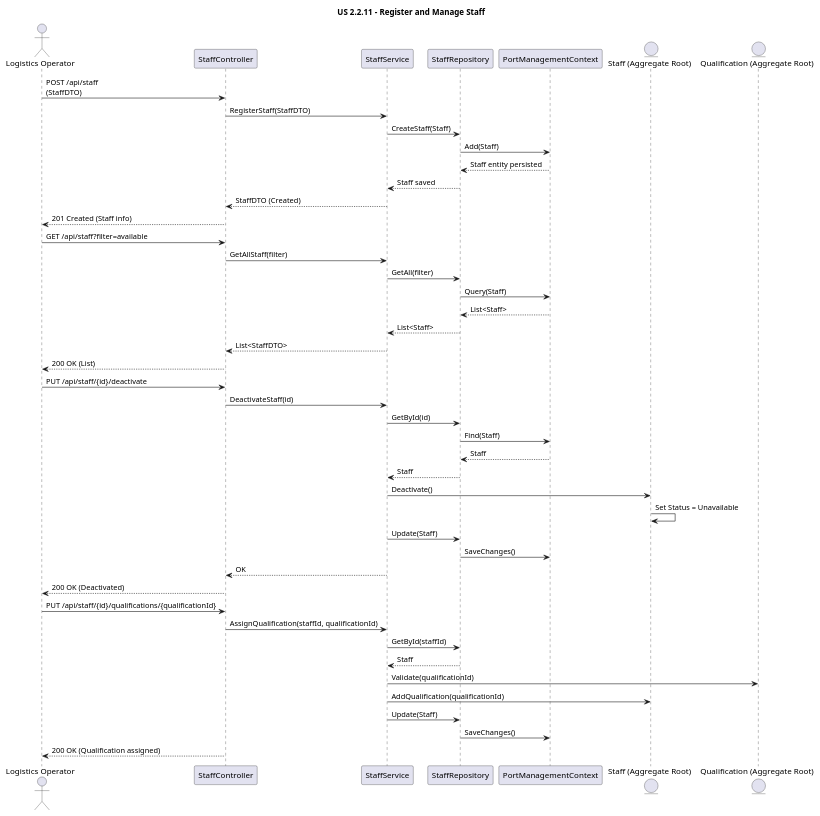
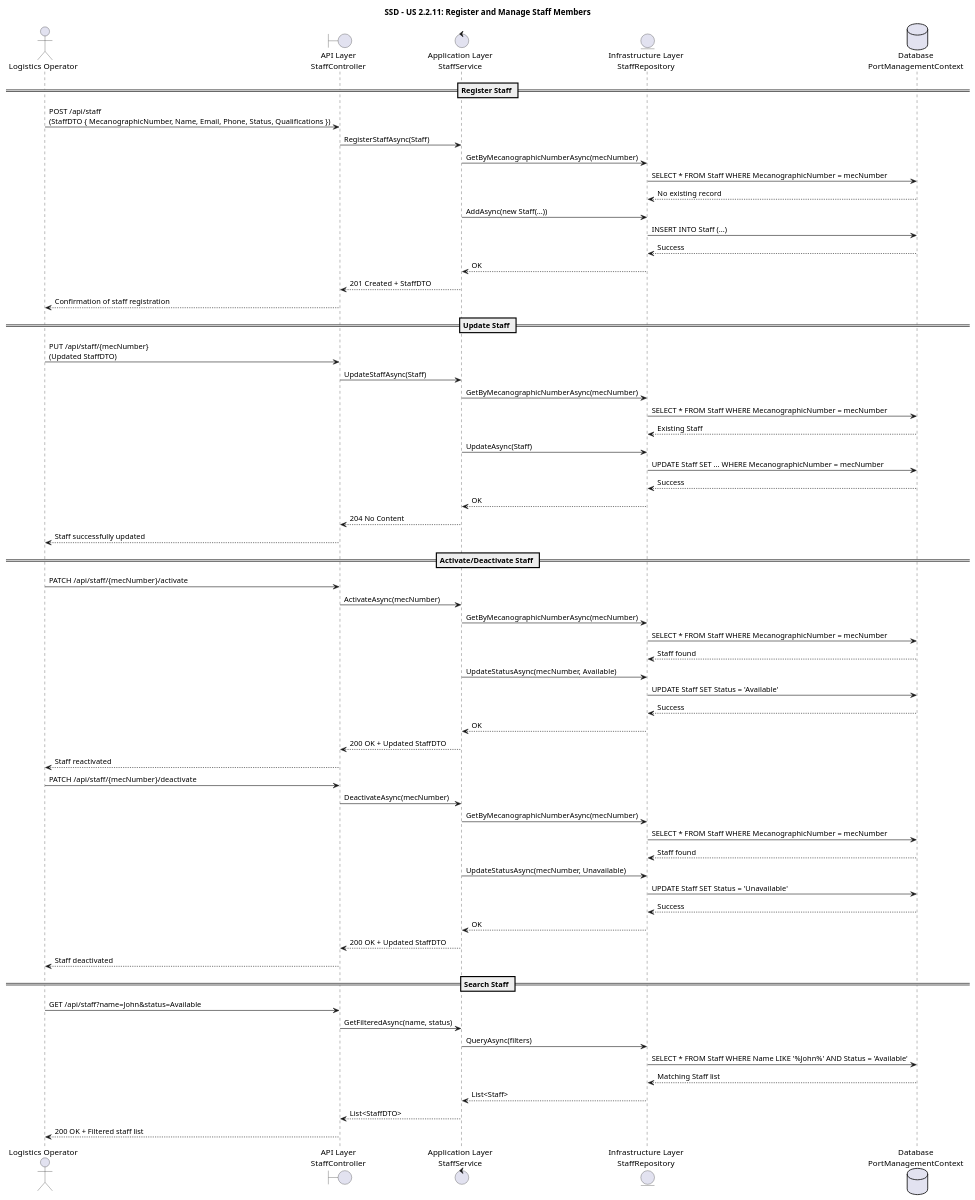
One commit to igor-coutinho22/Port_Management_System changed the diagram in docs/US 2.2.11/Sequence Diagram – US 2.2.11.puml. Above: the diagram before and after it, drawn with PlantUML. The commit also changed 12 other files, not shown here.

Commit message:
Again, business changes made it so that US 2.2.11 was not great architecturally. Now fixed! (#12)

```diff
--- a/docs/US 2.2.11/Sequence Diagram – US 2.2.11.puml
+++ b/docs/US 2.2.11/Sequence Diagram – US 2.2.11.puml
@@ -1,59 +1,70 @@
 @startuml
-title US 2.2.11 – Register and Manage Staff
+title SSD - US 2.2.11: Register and Manage Staff Members
 
-actor "Logistics Operator" as User
+actor "Logistics Operator" as Operator
+boundary "API Layer\nStaffController" as API
+control "Application Layer\nStaffService" as Service
+entity "Infrastructure Layer\nStaffRepository" as Repo
+database "Database\nPortManagementContext" as DB
 
-' === Layers ===
-participant "StaffController" as Controller
-participant "StaffService" as Service
-participant "StaffRepository" as Repository
-participant "PortManagementContext" as DbContext
-entity "Staff (Aggregate Root)" as Staff
-entity "Qualification (Aggregate Root)" as Qualification
+== Register Staff ==
+Operator -> API : POST /api/staff\n(StaffDTO { MecanographicNumber, Name, Email, Phone, Status, Qualifications })
+API -> Service : RegisterStaffAsync(Staff)
+Service -> Repo : GetByMecanographicNumberAsync(mecNumber)
+Repo -> DB : SELECT * FROM Staff WHERE MecanographicNumber = mecNumber
+DB --> Repo : No existing record
+Service -> Repo : AddAsync(new Staff(...))
+Repo -> DB : INSERT INTO Staff (...)
+DB --> Repo : Success
+Repo --> Service : OK
+Service --> API : 201 Created + StaffDTO
+API --> Operator : Confirmation of staff registration
 
-' === Register new staff ===
-User -> Controller : POST /api/staff\n(StaffDTO)
-Controller -> Service : RegisterStaff(StaffDTO)
-Service -> Repository : CreateStaff(Staff)
-Repository -> DbContext : Add(Staff)
-DbContext --> Repository : Staff entity persisted
-Repository --> Service : Staff saved
-Service --> Controller : StaffDTO (Created)
-Controller --> User : 201 Created (Staff info)
+== Update Staff ==
+Operator -> API : PUT /api/staff/{mecNumber}\n(Updated StaffDTO)
+API -> Service : UpdateStaffAsync(Staff)
+Service -> Repo : GetByMecanographicNumberAsync(mecNumber)
+Repo -> DB : SELECT * FROM Staff WHERE MecanographicNumber = mecNumber
+DB --> Repo : Existing Staff
+Service -> Repo : UpdateAsync(Staff)
+Repo -> DB : UPDATE Staff SET ... WHERE MecanographicNumber = mecNumber
+DB --> Repo : Success
+Repo --> Service : OK
+Service --> API : 204 No Content
+API --> Operator : Staff successfully updated
 
-' === Retrieve staff list ===
-User -> Controller : GET /api/staff?filter=available
-Controller -> Service : GetAllStaff(filter)
-Service -> Repository : GetAll(filter)
-Repository -> DbContext : Query(Staff)
-DbContext --> Repository : List<Staff>
-Repository --> Service : List<Staff>
-Service --> Controller : List<StaffDTO>
-Controller --> User : 200 OK (List)
+== Activate/Deactivate Staff ==
+Operator -> API : PATCH /api/staff/{mecNumber}/activate
+API -> Service : ActivateAsync(mecNumber)
+Service -> Repo : GetByMecanographicNumberAsync(mecNumber)
+Repo -> DB : SELECT * FROM Staff WHERE MecanographicNumber = mecNumber
+DB --> Repo : Staff found
+Service -> Repo : UpdateStatusAsync(mecNumber, Available)
+Repo -> DB : UPDATE Staff SET Status = 'Available'
+DB --> Repo : Success
+Repo --> Service : OK
+Service --> API : 200 OK + Updated StaffDTO
+API --> Operator : Staff reactivated
 
-' === Deactivate staff ===
-User -> Controller : PUT /api/staff/{id}/deactivate
-Controller -> Service : DeactivateStaff(id)
-Service -> Repository : GetById(id)
-Repository -> DbContext : Find(Staff)
-DbContext --> Repository : Staff
-Repository --> Service : Staff
-Service -> Staff : Deactivate()
-Staff -> Staff : Set Status = Unavailable
-Service -> Repository : Update(Staff)
-Repository -> DbContext : SaveChanges()
-Service --> Controller : OK
-Controller --> User : 200 OK (Deactivated)
+Operator -> API : PATCH /api/staff/{mecNumber}/deactivate
+API -> Service : DeactivateAsync(mecNumber)
+Service -> Repo : GetByMecanographicNumberAsync(mecNumber)
+Repo -> DB : SELECT * FROM Staff WHERE MecanographicNumber = mecNumber
+DB --> Repo : Staff found
+Service -> Repo : UpdateStatusAsync(mecNumber, Unavailable)
+Repo -> DB : UPDATE Staff SET Status = 'Unavailable'
+DB --> Repo : Success
+Repo --> Service : OK
+Service --> API : 200 OK + Updated StaffDTO
+API --> Operator : Staff deactivated
 
-' === Staff-Qualification relation ===
-User -> Controller : PUT /api/staff/{id}/qualifications/{qualificationId}
-Controller -> Service : AssignQualification(staffId, qualificationId)
-Service -> Repository : GetById(staffId)
-Repository --> Service : Staff
-Service -> Qualification : Validate(qualificationId)
-Service -> Staff : AddQualification(qualificationId)
-Service -> Repository : Update(Staff)
-Repository -> DbContext : SaveChanges()
-Controller --> User : 200 OK (Qualification assigned)
-
+== Search Staff ==
+Operator -> API : GET /api/staff?name=John&status=Available
+API -> Service : GetFilteredAsync(name, status)
+Service -> Repo : QueryAsync(filters)
+Repo -> DB : SELECT * FROM Staff WHERE Name LIKE '%John%' AND Status = 'Available'
+DB --> Repo : Matching Staff list
+Repo --> Service : List<Staff>
+Service --> API : List<StaffDTO>
+API --> Operator : 200 OK + Filtered staff list
 @enduml
```
